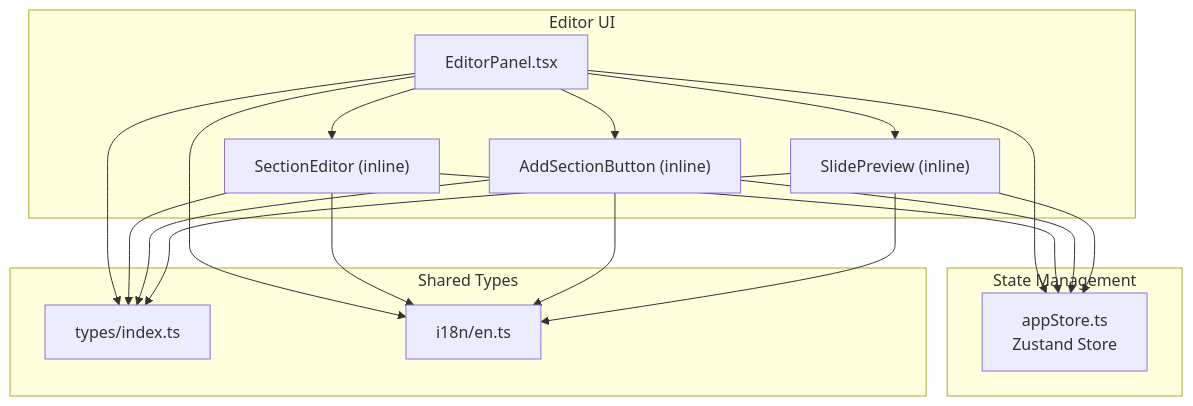
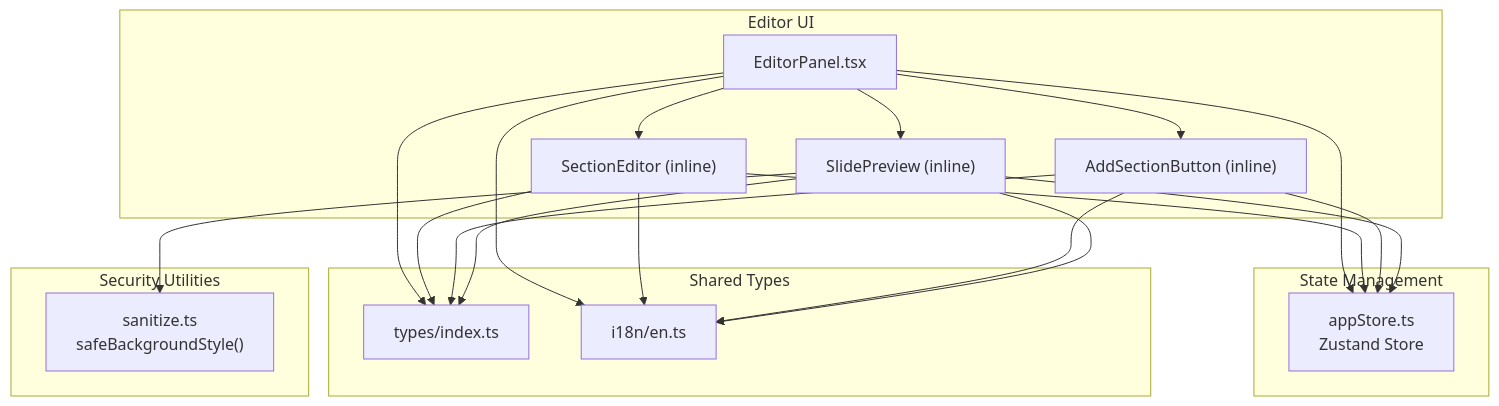
One commit to jimmywyk/lyricdeck changed the first of 10 diagrams in .qoder/repowiki/en/content/Architecture Overview/Component Architecture/Editor Panel.md. Above: the diagram before and after it, drawn with Mermaid. The commit also changed other lines of this file and 12 other files, not shown here.

````diff
--- a/.qoder/repowiki/en/content/Architecture Overview/Component Architecture/Editor Panel.md
+++ b/.qoder/repowiki/en/content/Architecture Overview/Component Architecture/Editor Panel.md
@@ -39,31 +48,35 @@
 ```mermaid
 graph TB
 subgraph "Editor UI"
 EP["EditorPanel.tsx"]
 SE["SectionEditor (inline)"]
 ASB["AddSectionButton (inline)"]
 SP["SlidePreview (inline)"]
 end
 subgraph "State Management"
 ZS["appStore.ts<br/>Zustand Store"]
 end
 subgraph "Shared Types"
 T["types/index.ts"]
 I18N["i18n/en.ts"]
 end
+subgraph "Security Utilities"
+SU["sanitize.ts<br/>safeBackgroundStyle()"]
+end
 EP --> SE
 EP --> ASB
 EP --> SP
 EP --> ZS
 SE --> ZS
 ASB --> ZS
 SP --> ZS
+SP --> SU
 EP --> T
 SE --> T
 ASB --> T
 SP --> T
 EP --> I18N
 SE --> I18N
 ASB --> I18N
 SP --> I18N
 ```
````
